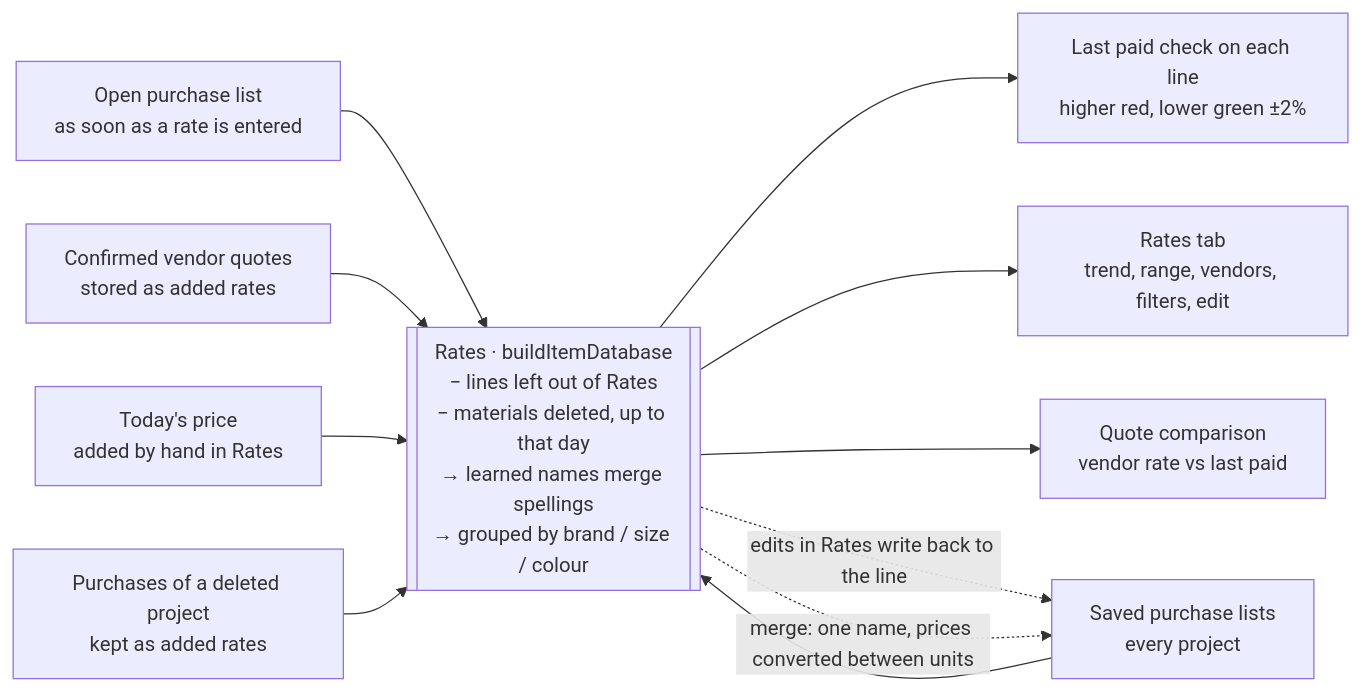
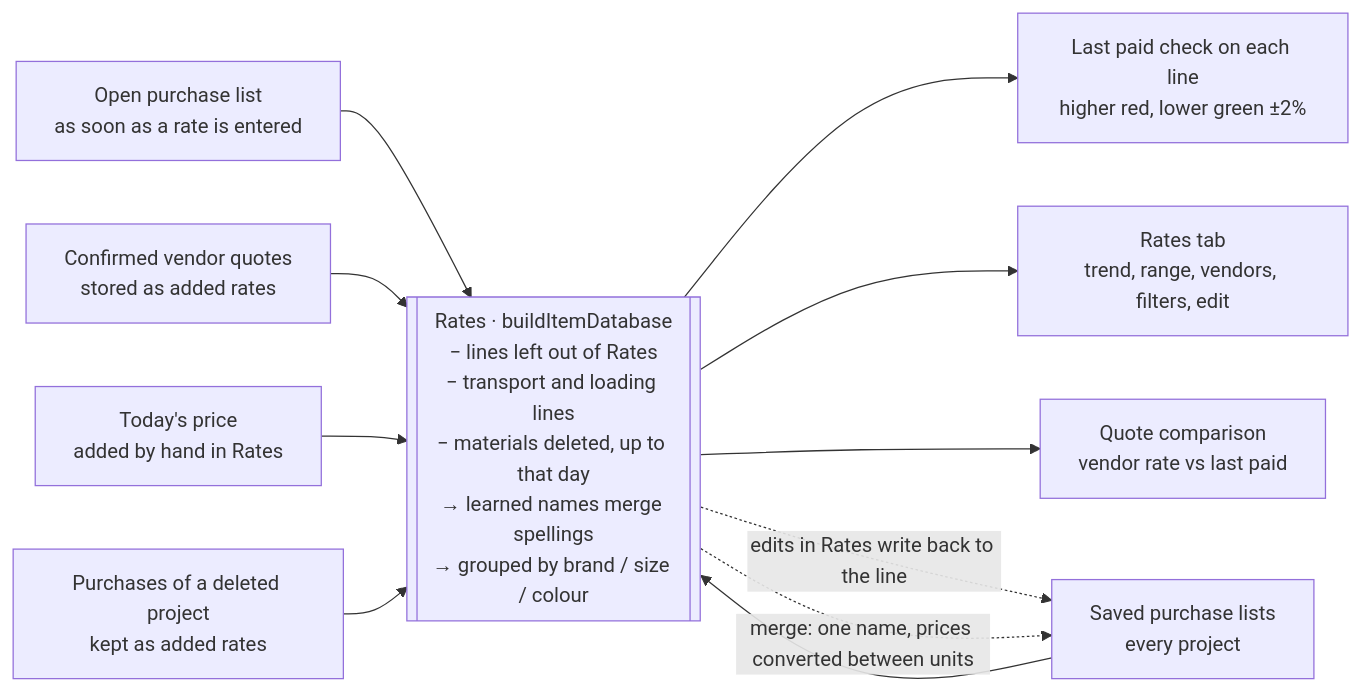
Before and after one commit to parikshit99/nirman: the third of 6 diagrams in docs/Nirman workflows.md, drawn with Mermaid. The commit also changed other lines of this file and 21 other files, not shown here.

First line of the commit message:
Nirman 7.12 (draft): Transport and loading as their own lines

````diff
--- a/docs/Nirman workflows.md
+++ b/docs/Nirman workflows.md
@@ -96,14 +97,14 @@
 ```mermaid
 flowchart LR
   A[Open purchase list<br/>as soon as a rate is entered] --> DB
   B[Saved purchase lists<br/>every project] --> DB
   C[Confirmed vendor quotes<br/>stored as added rates] --> DB
   D[Today's price<br/>added by hand in Rates] --> DB
   E[Purchases of a deleted project<br/>kept as added rates] --> DB
-  DB[[Rates · buildItemDatabase<br/>− lines left out of Rates<br/>− materials deleted, up to that day<br/>→ learned names merge spellings<br/>→ grouped by brand / size / colour]]
+  DB[[Rates · buildItemDatabase<br/>− lines left out of Rates<br/>− transport and loading lines<br/>− materials deleted, up to that day<br/>→ learned names merge spellings<br/>→ grouped by brand / size / colour]]
   DB --> L[Last paid check on each line<br/>higher red, lower green ±2%]
   DB --> RT[Rates tab<br/>trend, range, vendors, filters, edit]
   DB --> QC[Quote comparison<br/>vendor rate vs last paid]
   DB -. edits in Rates write back to the line .-> B
   DB -. merge: one name, prices converted between units .-> B
 ```
````
